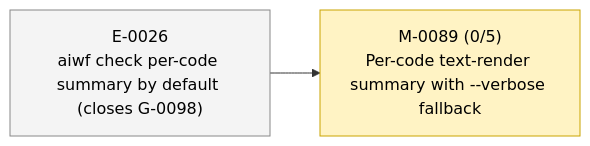
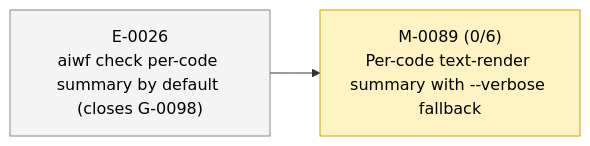
One commit to 23min/aiwf changed the second of 2 diagrams in STATUS.md. Above: the diagram before and after it, drawn with Mermaid. The commit also changed other lines of this file and 1 other file, not shown here.

````diff
--- a/STATUS.md
+++ b/STATUS.md
@@ -51,12 +51,12 @@
 ```mermaid
 flowchart LR
   E_0026["E-0026<br/>aiwf check per-code summary by default (closes G-0098)"]:::epic_proposed
-  M_0089["M-0089 (0/5)<br/>Per-code text-render summary with --verbose fallback"]:::ms_in_progress
+  M_0089["M-0089 (0/6)<br/>Per-code text-render summary with --verbose fallback"]:::ms_in_progress
   E_0026 --> M_0089
   classDef epic_active fill:#d6eaff,stroke:#1a73e8,color:#000
   classDef epic_proposed fill:#f4f4f4,stroke:#888,color:#000
   classDef ms_done fill:#d8f5d8,stroke:#2a8a2a,color:#000
   classDef ms_in_progress fill:#fff3c4,stroke:#caa400,color:#000
   classDef ms_draft fill:#f4f4f4,stroke:#888,color:#000
   classDef ms_cancelled fill:#fbeaea,stroke:#c33,color:#000
 ```
````
